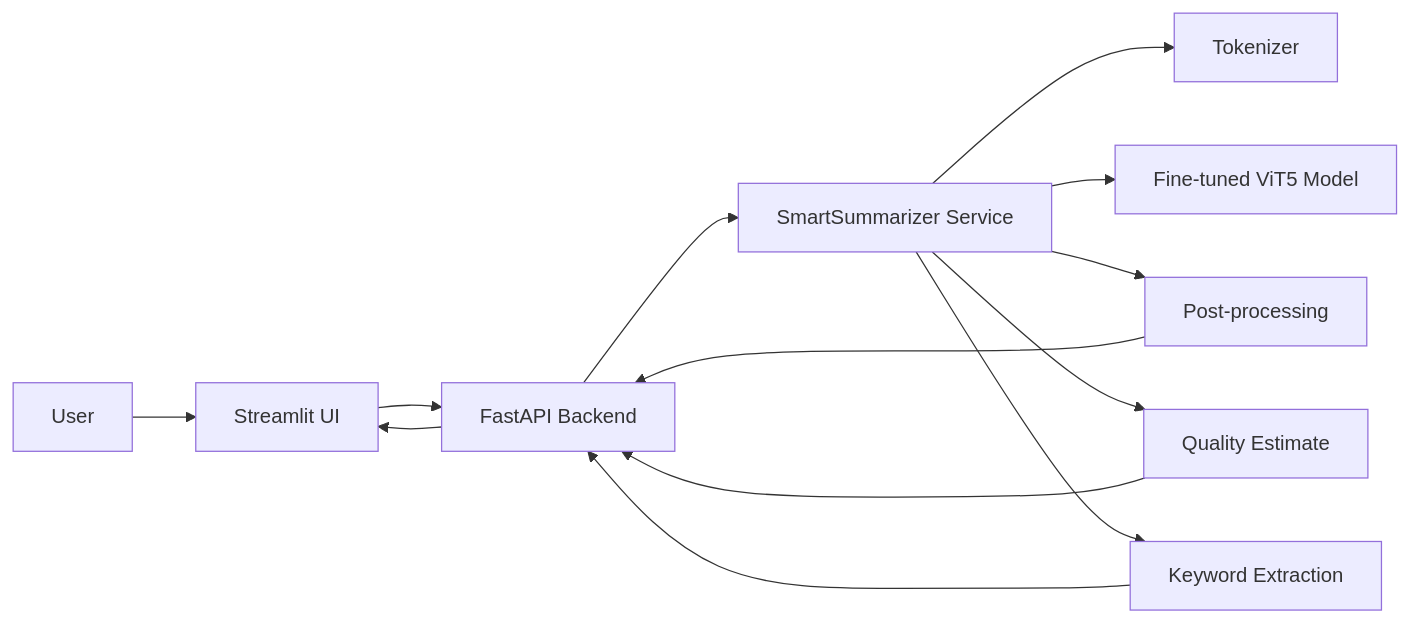
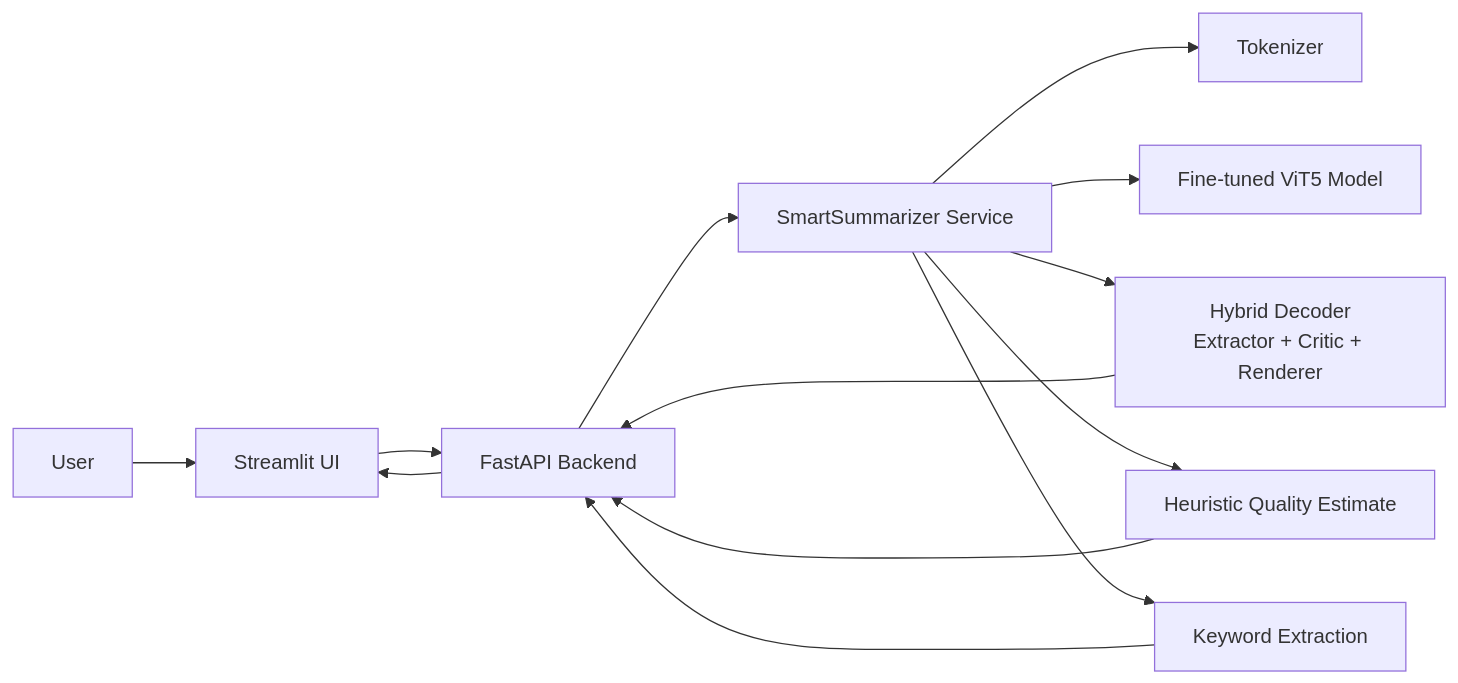
Before and after one commit to CodeDaoVietNam/smart-vietnamese-summarizer: the first of 6 diagrams in docs/ARCHITECTURE.md, drawn with Mermaid. The commit also changed other lines of this file and 34 other files, not shown here.

````diff
--- a/docs/ARCHITECTURE.md
+++ b/docs/ARCHITECTURE.md
@@ -17,15 +18,15 @@
 ```mermaid
 flowchart LR
     user[User] --> ui[Streamlit UI]
     ui --> api[FastAPI Backend]
     api --> service[SmartSummarizer Service]
     service --> tokenizer[Tokenizer]
     service --> model[Fine-tuned ViT5 Model]
-    service --> post[Post-processing]
-    service --> quality[Quality Estimate]
+    service --> post[Hybrid Decoder<br/>Extractor + Critic + Renderer]
+    service --> quality[Heuristic Quality Estimate]
     service --> keywords[Keyword Extraction]
     post --> api
     quality --> api
     keywords --> api
     api --> ui
 ```
````
